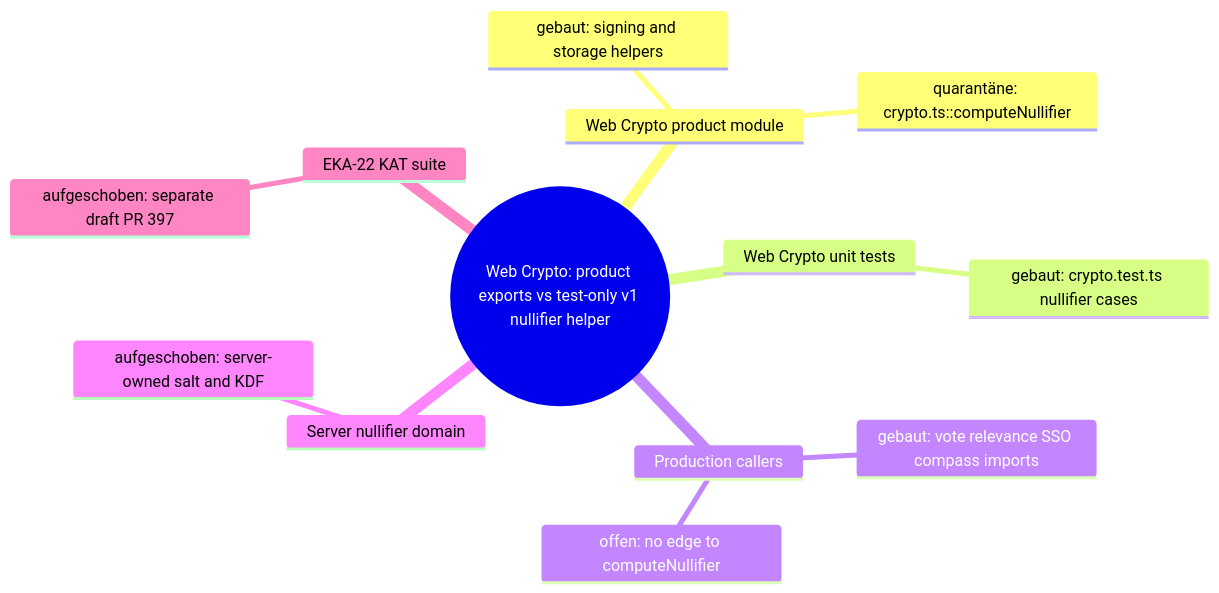
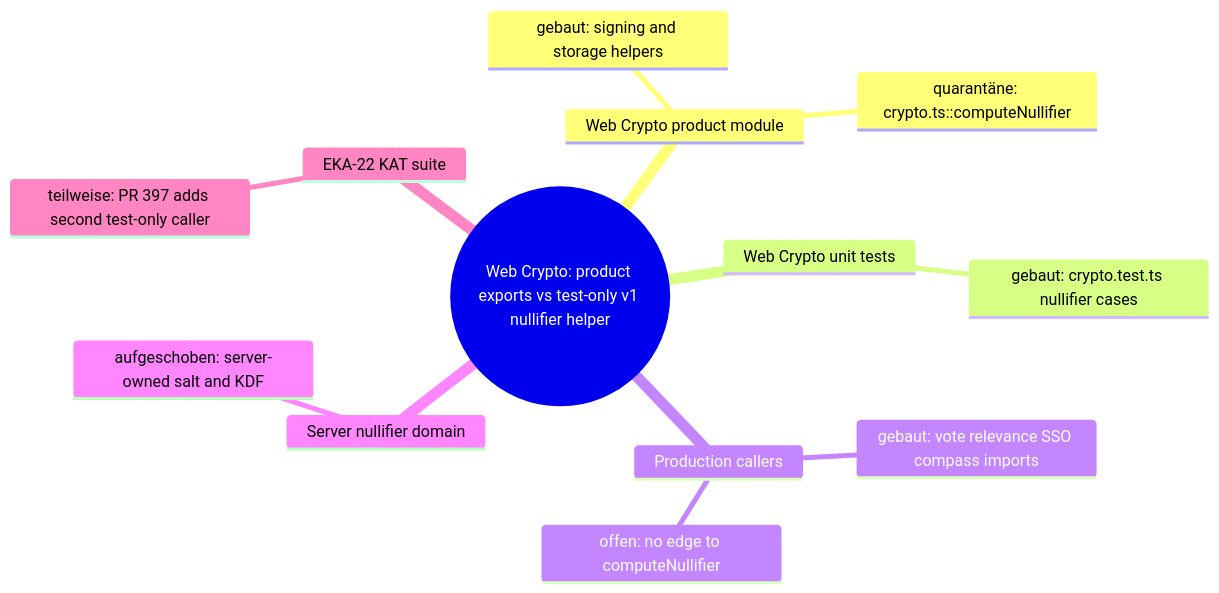
Before and after one commit to NeaBouli/pnyx: the second of 2 diagrams in docs/architecture/MAP.md, drawn with Mermaid. The commit also changed other lines of this file and 6 other files, not shown here.

Commit message:
docs(architecture): record EKA-24 dependency on PR 397

````diff
--- a/docs/architecture/MAP.md
+++ b/docs/architecture/MAP.md
@@ -217,16 +220,16 @@
 ```mermaid
 mindmap
   root((Web Crypto: product exports vs test-only v1 nullifier helper))
     Web Crypto product module
       gebaut: signing and storage helpers
       quarantäne: crypto.ts::computeNullifier
     Web Crypto unit tests
       gebaut: crypto.test.ts nullifier cases
     Production callers
       gebaut: vote relevance SSO compass imports
       offen: no edge to computeNullifier
     Server nullifier domain
       aufgeschoben: server-owned salt and KDF
     EKA-22 KAT suite
-      aufgeschoben: separate draft PR 397
+      teilweise: PR 397 adds second test-only caller
 ```
````
